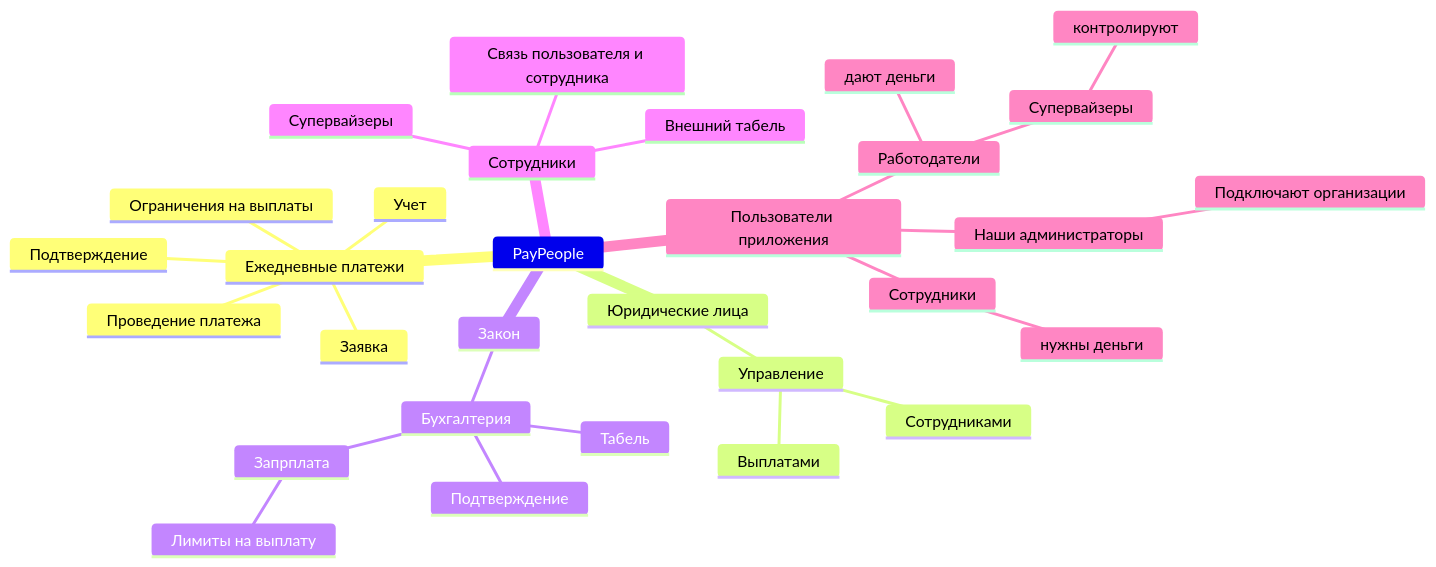
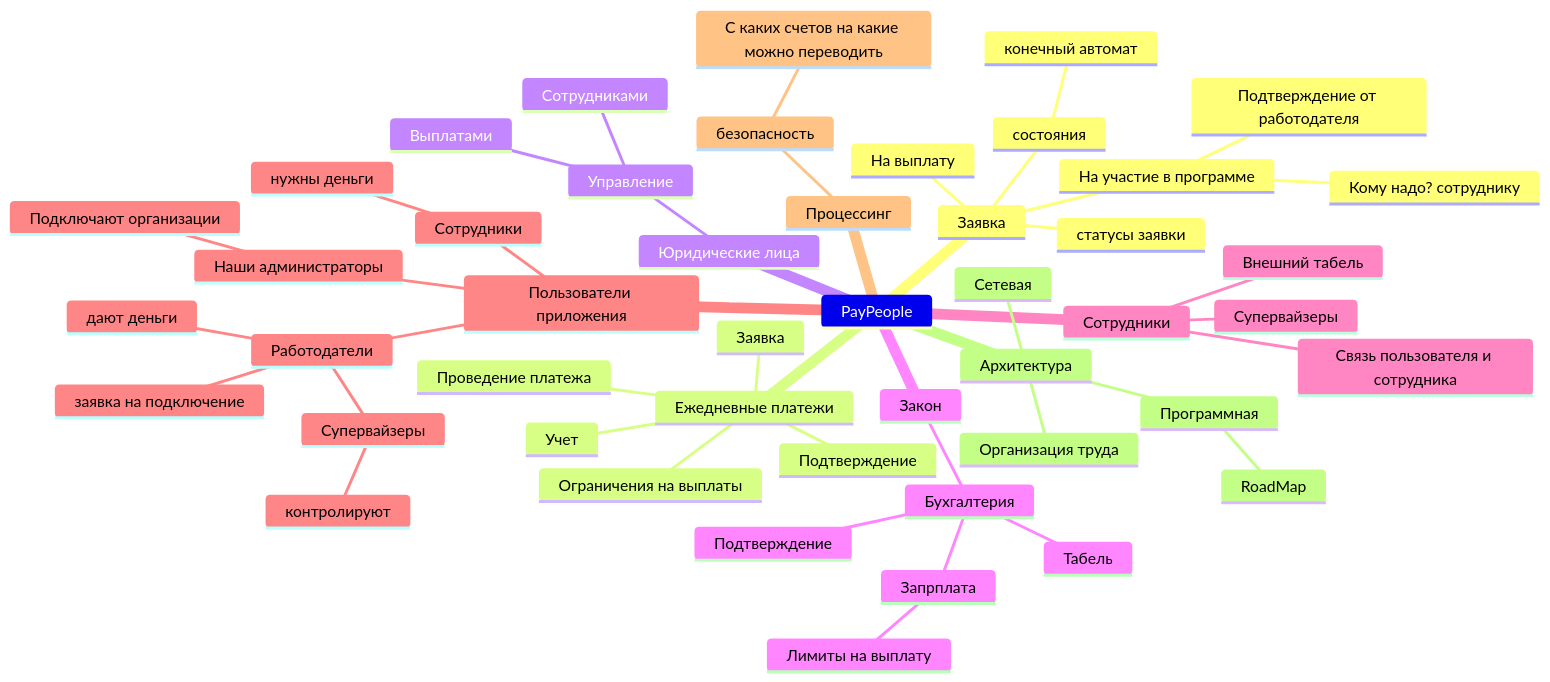
Before and after one commit to lisichkinuriy/test: the diagram in EventDriven/0.mindmap.md, drawn with Mermaid. The commit also changed 1 other file, not shown here.

````diff
--- a/EventDriven/0.mindmap.md
+++ b/EventDriven/0.mindmap.md
@@ -3,45 +3,63 @@
 ```mermaid
 mindmap
     PayPeople
+        Заявка
+            статусы заявки
+            состояния
+                конечный автомат
+            
+            На выплату
+            На участие в программе
+                Кому надо? сотруднику
+                Подтверждение от работодателя
+
         Ежедневные платежи
             Учет
             Заявка
             Подтверждение
             Проведение платежа
             Ограничения на выплаты
 
         Юридические лица
             Управление
                 Сотрудниками
                 Выплатами
             
         Закон
             Бухгалтерия
                 Подтверждение
 
                 Табель
                 Запрплата
-                    Лимиты на выплату
-            
-            
+                    Лимиты на выплату     
 
         Сотрудники
             Связь пользователя и сотрудника
             Супервайзеры
             Внешний табель
 
         Пользователи приложения
             Сотрудники
                 нужны деньги
             Работодатели
                 дают деньги
+                заявка на подключение
                 Супервайзеры
                     контролируют
+                
 
             Наши администраторы
                 Подключают организации
 
-
+        Процессинг
+            безопасность
+                С каких счетов на какие можно переводить
+            
+        Архитектура
+            Сетевая
+            Программная
+                RoadMap
+            Организация труда
 
 
 ```
````
